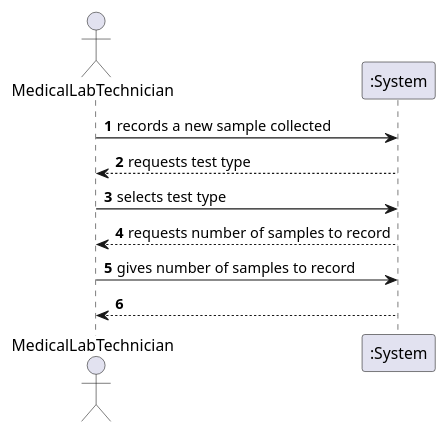
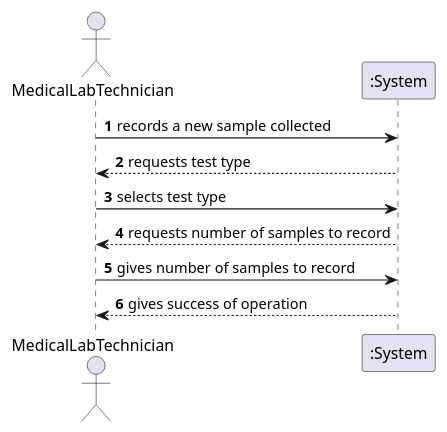
One commit to MadDinosaur/ISEP-LAPR2 changed the diagram in docs/SprintC/US5/US5_SSD.puml. Above: the diagram before and after it, drawn with PlantUML. The commit also changed 3 other files, not shown here.

```diff
--- a/docs/SprintC/US5/US5_SSD.puml
+++ b/docs/SprintC/US5/US5_SSD.puml
@@ -1,14 +1,14 @@
 @startuml
 
 autonumber
 
 actor MedicalLabTechnician as mlt
 participant ":System" as sys
 mlt -> sys: records a new sample collected
 sys --> mlt: requests test type
 mlt -> sys: selects test type
 sys --> mlt: requests number of samples to record
 mlt -> sys: gives number of samples to record
-sys --> mlt:
+sys --> mlt: gives success of operation
 
 @enduml
```
